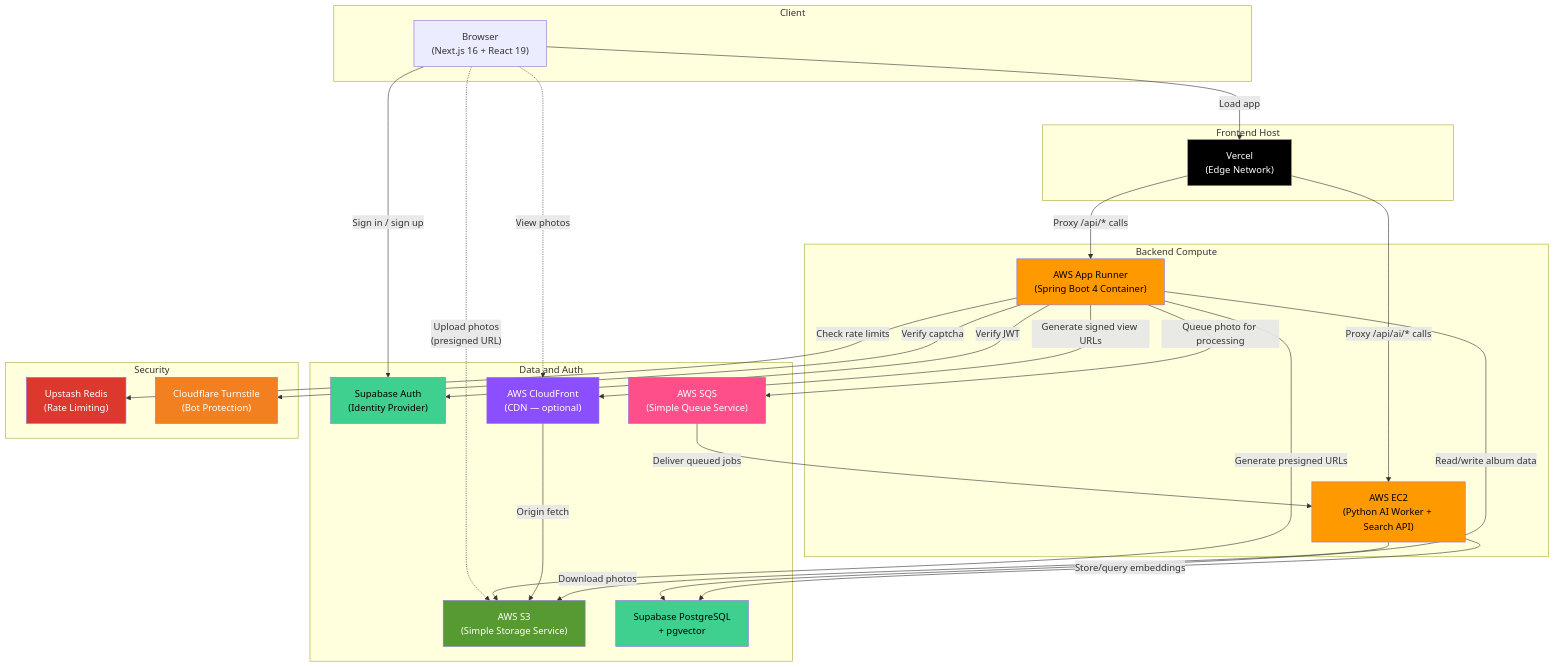
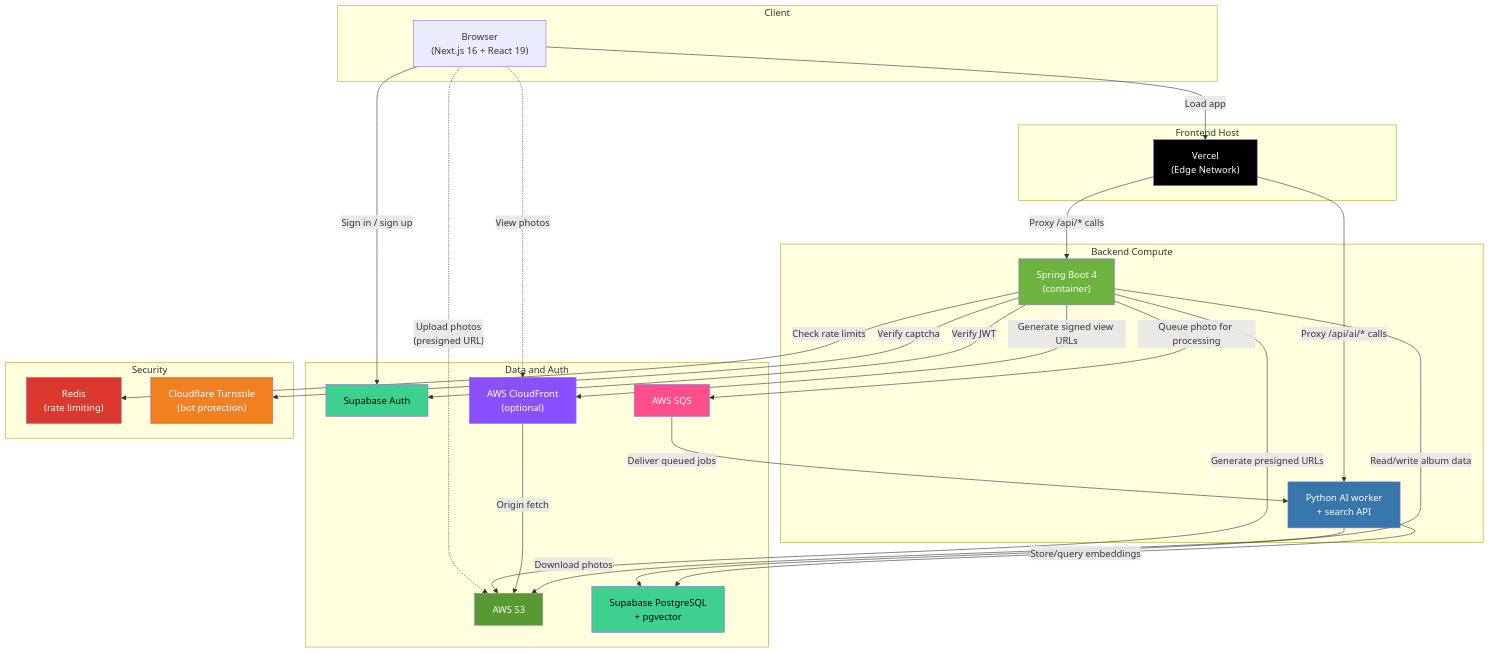
Before and after one commit to Shahir-47/grab-pic: the first of 7 diagrams in README.md, drawn with Mermaid. The commit also changed other lines of this file and 12 other files, not shown here.

````diff
--- a/README.md
+++ b/README.md
@@ -121,61 +46,61 @@
 ```mermaid
 graph TD
     subgraph "Client"
         Browser["Browser<br>(Next.js 16 + React 19)"]
     end
 
     subgraph "Frontend Host"
         Vercel["Vercel<br>(Edge Network)"]
     end
 
     subgraph "Backend Compute"
-        AppRunner["AWS App Runner<br>(Spring Boot 4 Container)"]
-        EC2["AWS EC2<br>(Python AI Worker + Search API)"]
+        AppRunner["Spring Boot 4<br>(container)"]
+        EC2["Python AI worker<br>+ search API"]
     end
 
     subgraph "Data and Auth"
-        SupaAuth["Supabase Auth<br>(Identity Provider)"]
-        S3["AWS S3<br>(Simple Storage Service)"]
-        SQS["AWS SQS<br>(Simple Queue Service)"]
-        CF["AWS CloudFront<br>(CDN — optional)"]
+        SupaAuth["Supabase Auth"]
+        S3["AWS S3"]
+        SQS["AWS SQS"]
+        CF["AWS CloudFront<br>(optional)"]
         SupaDB["Supabase PostgreSQL<br>+ pgvector"]
     end
 
     subgraph "Security"
-        Redis["Upstash Redis<br>(Rate Limiting)"]
-        Turnstile["Cloudflare Turnstile<br>(Bot Protection)"]
+        Redis["Redis<br>(rate limiting)"]
+        Turnstile["Cloudflare Turnstile<br>(bot protection)"]
     end
 
     Browser -->|"Load app"| Vercel
     Browser -->|"Sign in / sign up"| SupaAuth
     Browser -.->|"Upload photos<br>(presigned URL)"| S3
     Browser -.->|"View photos"| CF
 
     Vercel -->|"Proxy /api/* calls"| AppRunner
     Vercel -->|"Proxy /api/ai/* calls"| EC2
 
     AppRunner -->|"Verify JWT"| SupaAuth
     AppRunner -->|"Generate presigned URLs"| S3
     AppRunner -->|"Generate signed view URLs"| CF
     AppRunner -->|"Queue photo for processing"| SQS
     AppRunner -->|"Read/write album data"| SupaDB
     AppRunner -->|"Check rate limits"| Redis
     AppRunner -->|"Verify captcha"| Turnstile
 
     CF -->|"Origin fetch"| S3
 
     SQS -->|"Deliver queued jobs"| EC2
     EC2 -->|"Download photos"| S3
     EC2 -->|"Store/query embeddings"| SupaDB
 
     style Vercel fill:#000,color:#fff
-    style AppRunner fill:#FF9900,color:#000
-    style EC2 fill:#FF9900,color:#000
+    style AppRunner fill:#6DB33F,color:#fff
+    style EC2 fill:#3776AB,color:#fff
     style S3 fill:#569A31,color:#fff
     style SQS fill:#FF4F8B,color:#fff
     style CF fill:#8C4FFF,color:#fff
     style Redis fill:#DC382D,color:#fff
     style Turnstile fill:#F38020,color:#fff
     style SupaDB fill:#3FCF8E,color:#000
     style SupaAuth fill:#3FCF8E,color:#000
 ```
````
